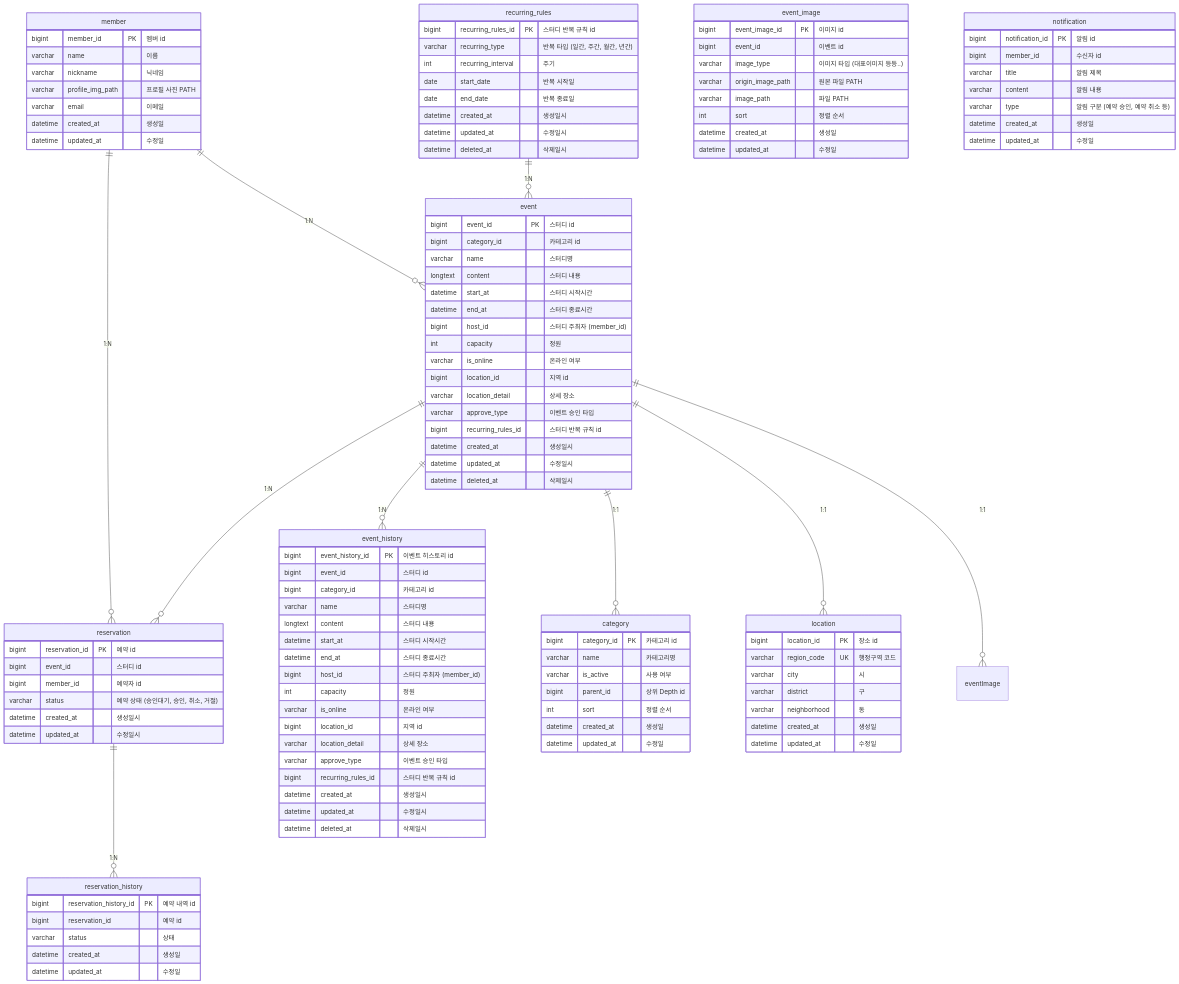
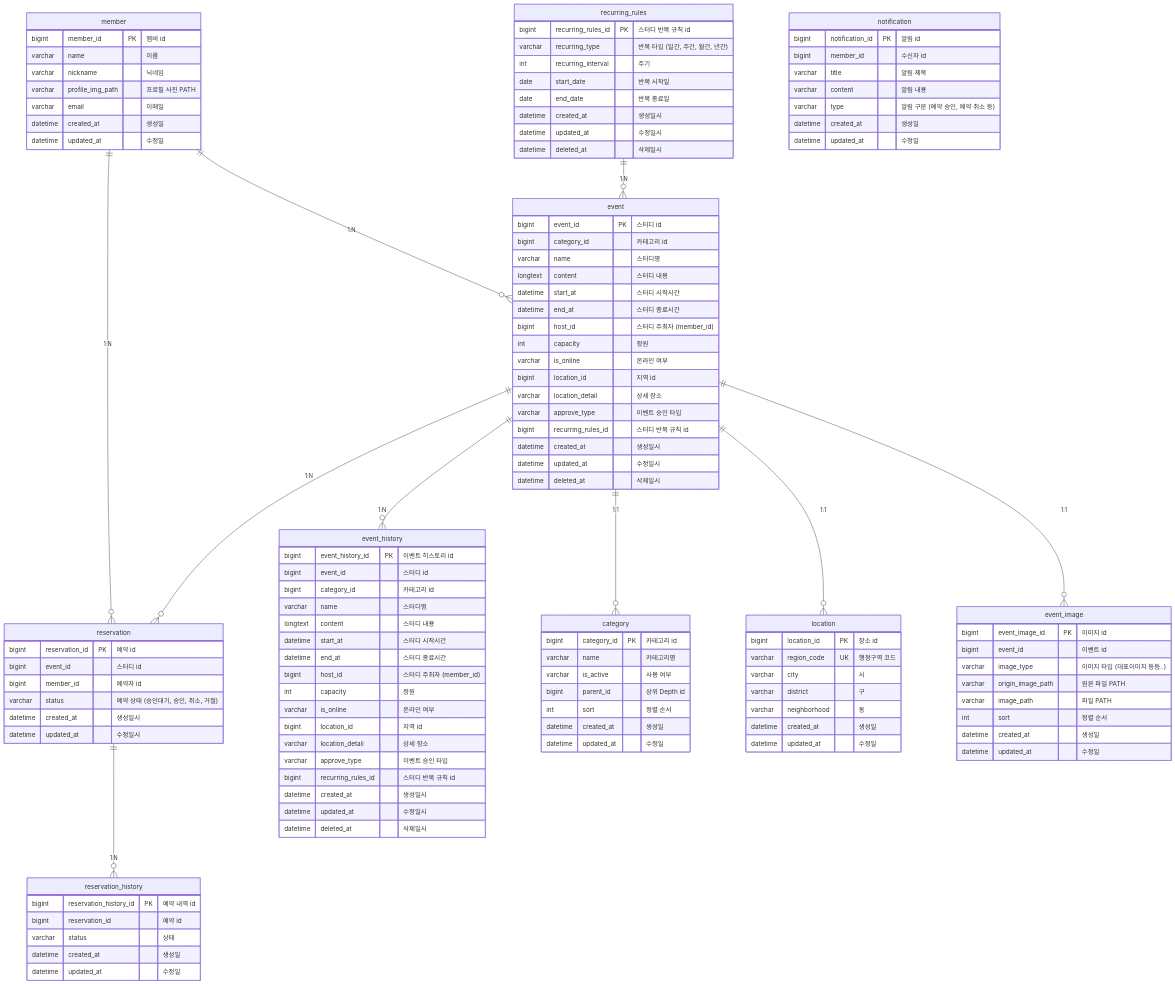
One commit to mozziroom/mozziroom-backend changed the diagram in docs/er-diagram.md. Above: the diagram before and after it, drawn with Mermaid.

Commit message:
docs: update er-diagram.md
오탈자 수정(eventImage -> event_image)

```diff
--- a/docs/er-diagram.md
+++ b/docs/er-diagram.md
@@ -10,7 +10,7 @@
 member ||--o{ event : "1:N"
 event ||--o{ category : "1:1"
 event ||--o{ location : "1:1"
-event ||--o{ eventImage : "1:1"
+event ||--o{ event_image : "1:1"
 
 %% 멤버
 member {
```
